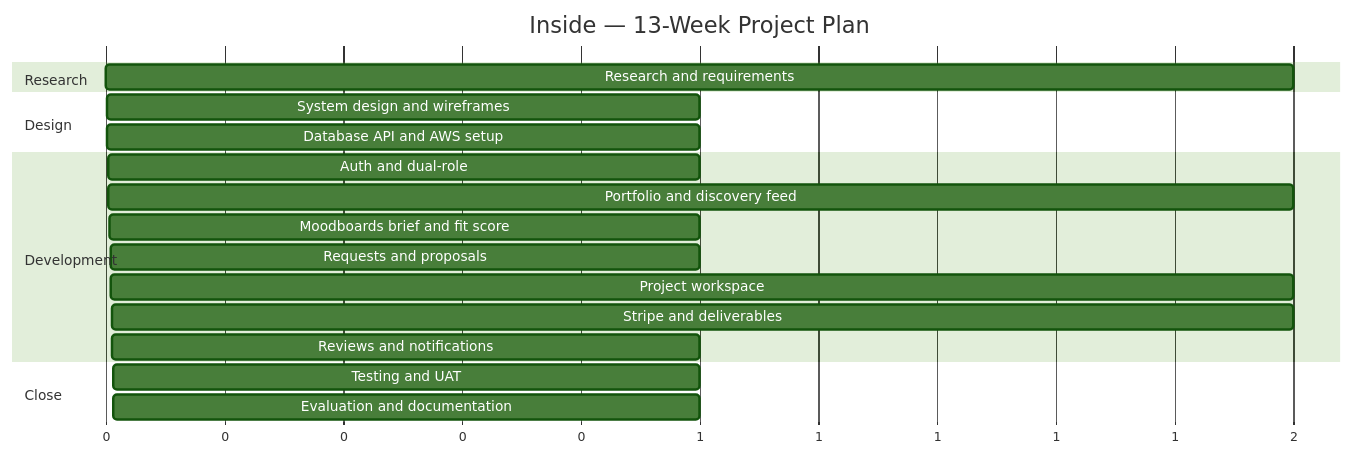
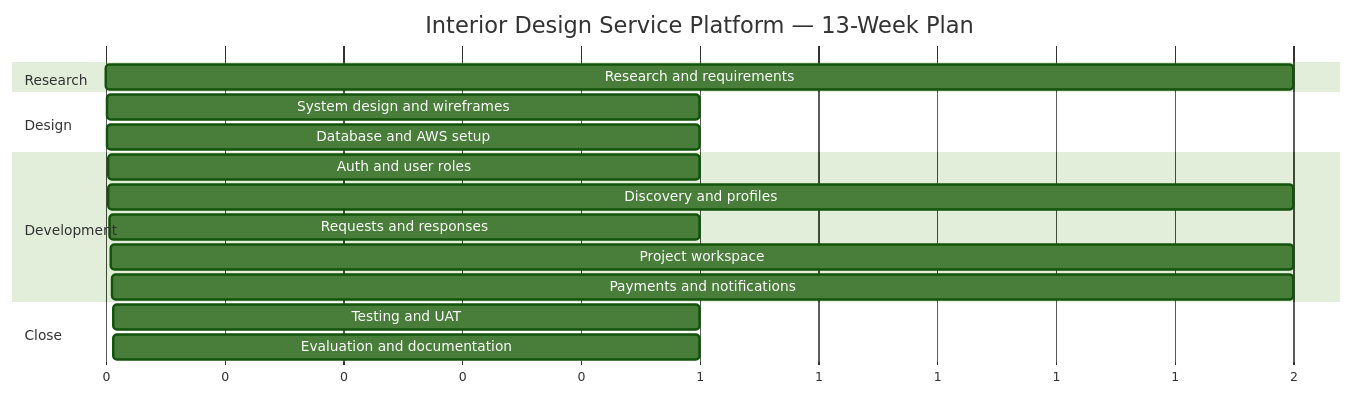
One commit to MNSBaanu/Inside changed the diagram in docs/Proposal/10-project-plan.md. Above: the diagram before and after it, drawn with Mermaid (forest theme). The commit also changed other lines of this file and 9 other files, not shown here.

````diff
--- a/docs/Proposal/10-project-plan.md
+++ b/docs/Proposal/10-project-plan.md
@@ -109,22 +44,20 @@
 ```mermaid
 gantt
-    title Inside — 13-Week Project Plan
+    title Interior Design Service Platform — 13-Week Plan
     dateFormat X
     axisFormat %s
     section Research
     Research and requirements           :a1, 0, 2
     section Design
     System design and wireframes        :a2, 2, 1
-    Database API and AWS setup          :a3, 3, 1
+    Database and AWS setup              :a3, 3, 1
     section Development
-    Auth and dual-role                  :a4, 4, 1
-    Portfolio and discovery feed        :a5, 5, 2
-    Moodboards brief and fit score      :a6, 7, 1
-    Requests and proposals              :a7, 8, 1
-    Project workspace                   :a8, 9, 2
-    Stripe and deliverables             :a9, 10, 2
-    Reviews and notifications           :a10, 11, 1
+    Auth and user roles                 :a4, 4, 1
+    Discovery and profiles              :a5, 5, 2
+    Requests and responses              :a6, 7, 1
+    Project workspace                   :a7, 8, 2
+    Payments and notifications          :a8, 10, 2
     section Close
-    Testing and UAT                     :a11, 12, 1
-    Evaluation and documentation        :a12, 13, 1
+    Testing and UAT                     :a9, 12, 1
+    Evaluation and documentation        :a10, 13, 1
 ```
````
